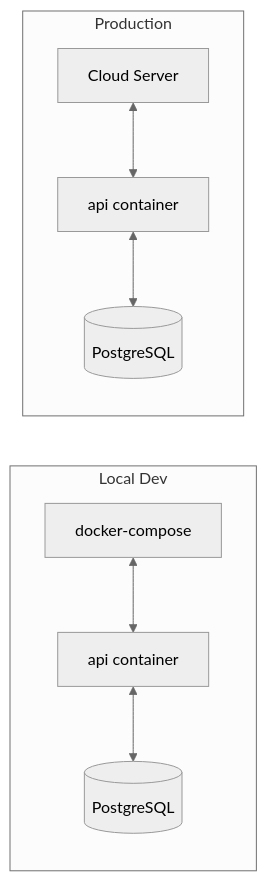
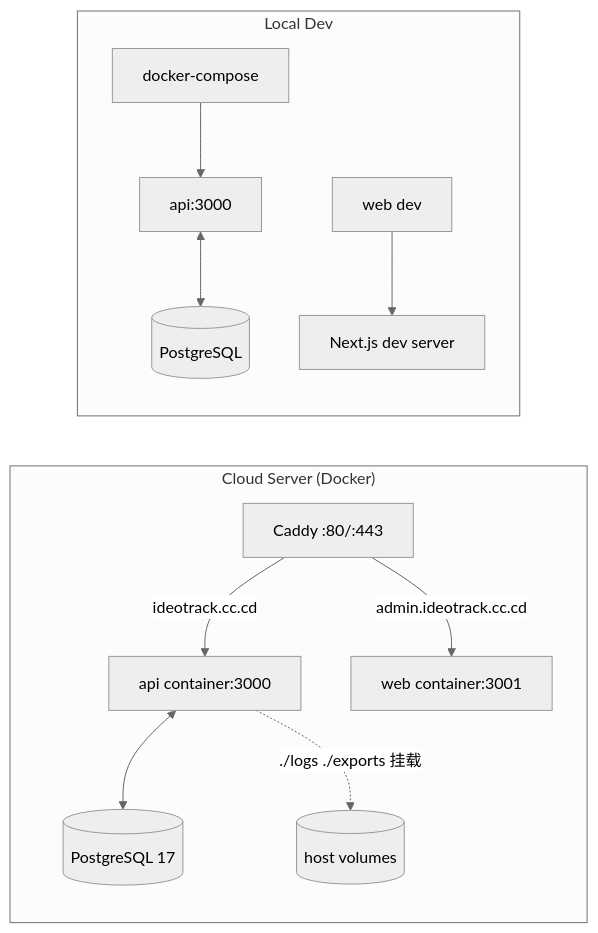
The fourth of 4 diagrams in _bmad-output/planning-artifacts/architecture/architecture-IdeoTrack-2026-06-22/ARCHITECTURE-SPINE.md (1797127235/IdeoTrack), drawn with Mermaid (neutral theme) before and after one commit. The commit also changed other lines of this file and 10 other files, not shown here.

````diff
--- a/_bmad-output/planning-artifacts/architecture/architecture-IdeoTrack-2026-06-22/ARCHITECTURE-SPINE.md
+++ b/_bmad-output/planning-artifacts/architecture/architecture-IdeoTrack-2026-06-22/ARCHITECTURE-SPINE.md
@@ -380,11 +398,15 @@
 ```mermaid
 flowchart LR
+    subgraph Host["Cloud Server (Docker)"]
+        CADDY[Caddy :80/:443] -->|ideotrack.cc.cd| API
+        CADDY -->|admin.ideotrack.cc.cd| WEB
+        API[api container:3000] <--> PG[(PostgreSQL 17)]
+        WEB[web container:3001]
+        API -.->|./logs ./exports 挂载| VOL[(host volumes)]
+    end
     subgraph Dev["Local Dev"]
-        DC[docker-compose]<-->API[api container]
-        API<-->PostgresDev[(PostgreSQL)]
-    end
-    subgraph Prod["Production"]
-        Server[Cloud Server]<-->APIP[api container]
-        APIP<-->PostgresProd[(PostgreSQL)]
+        DC[docker-compose] --> API2[api:3000]
+        API2 <--> PG2[(PostgreSQL)]
+        DC2[web dev] --> NEXT[Next.js dev server]
     end
 ```
````
